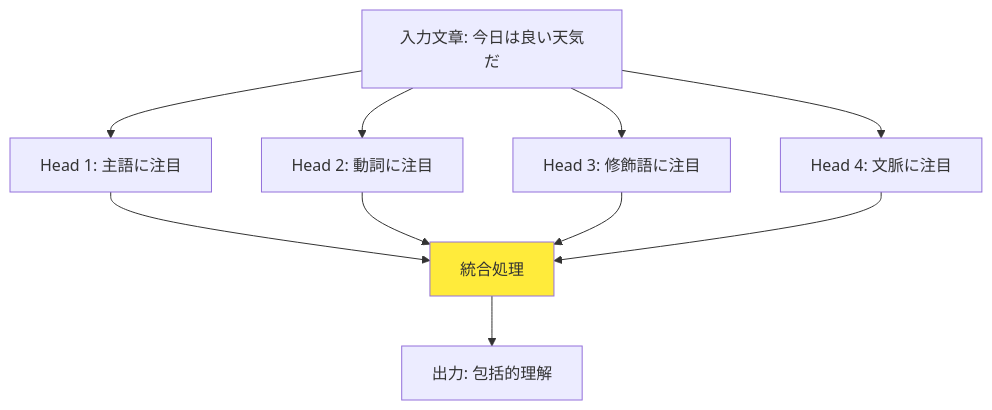
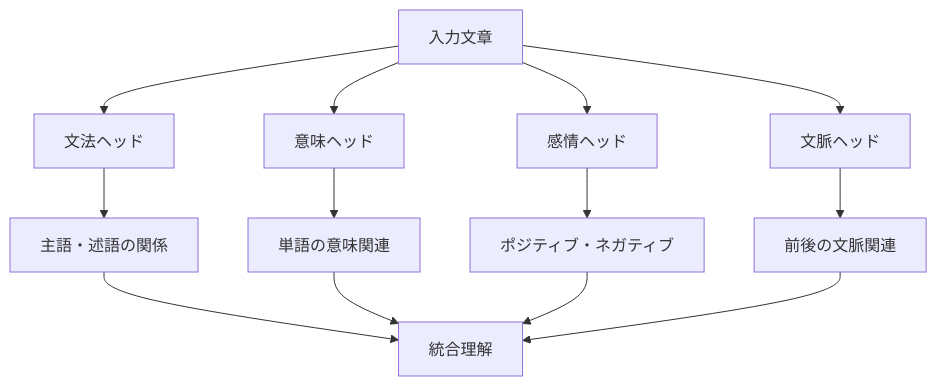
The fourth of 15 diagrams in AI/DeepLearning/Transformer/README.MD (SparklingDetergent/doc_genai_mental_model), drawn with Mermaid before and after one commit. The commit also changed other lines of this file, not shown here.

````diff
--- a/AI/DeepLearning/Transformer/README.MD
+++ b/AI/DeepLearning/Transformer/README.MD
@@ -77,19 +99,17 @@
 ```mermaid
 graph TD
-    A[入力文章: 今日は良い天気だ] --> B[Head 1: 主語に注目]
-    A --> C[Head 2: 動詞に注目]
-    A --> D[Head 3: 修飾語に注目]
-    A --> E[Head 4: 文脈に注目]
+    A[入力文章] --> B[文法ヘッド]
+    A --> C[意味ヘッド] 
+    A --> D[感情ヘッド]
+    A --> E[文脈ヘッド]
     
-    B --> F[統合処理]
-    C --> F
-    D --> F
-    E --> F
+    B --> F[主語・述語の関係]
+    C --> G[単語の意味関連]
+    D --> H[ポジティブ・ネガティブ]
+    E --> I[前後の文脈関連]
     
-    F --> G[出力: 包括的理解]
-    
-    style F fill:#ffeb3b
-    
-    click B "#注意の分散処理"
-    click F "#情報統合メカニズム"
+    F --> J[統合理解]
+    G --> J
+    H --> J
+    I --> J
 ```
````
